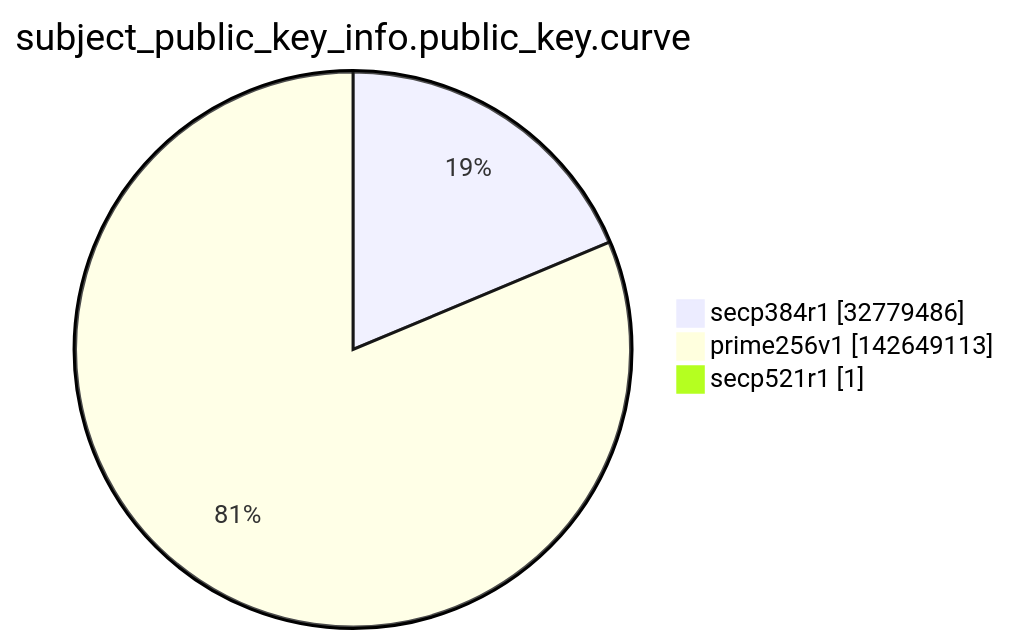
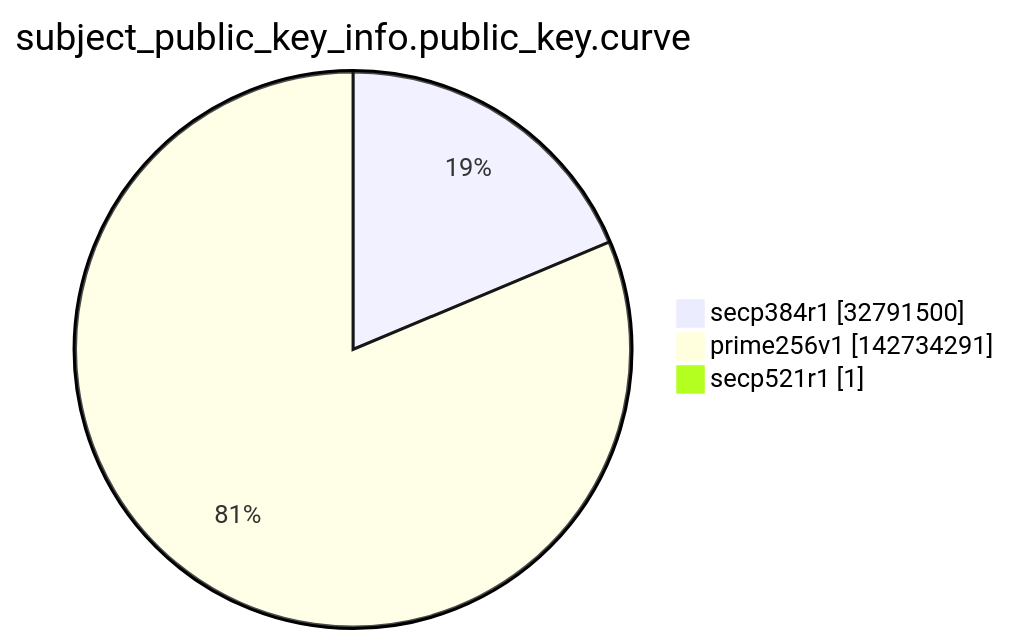
Before and after one commit to christiankrug/ctmonitor_visualization: the ninth of 15 diagrams in argon2022/README.md, drawn with Mermaid. The commit also changed other lines of this file, not shown here.

````diff
--- a/argon2022/README.md
+++ b/argon2022/README.md
@@ -2764,7 +2764,7 @@
 ```mermaid
 pie showData
 title subject_public_key_info.public_key.curve
-"secp384r1" :32779486
-"prime256v1" :142649113
+"secp384r1" :32791500
+"prime256v1" :142734291
 "secp521r1" :1
 ```
````
